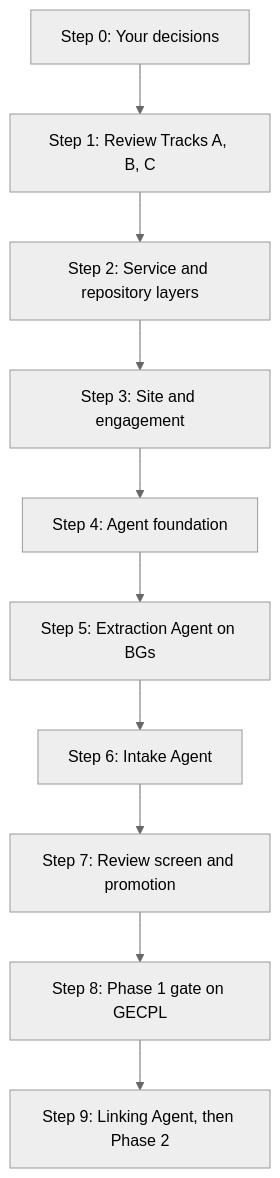
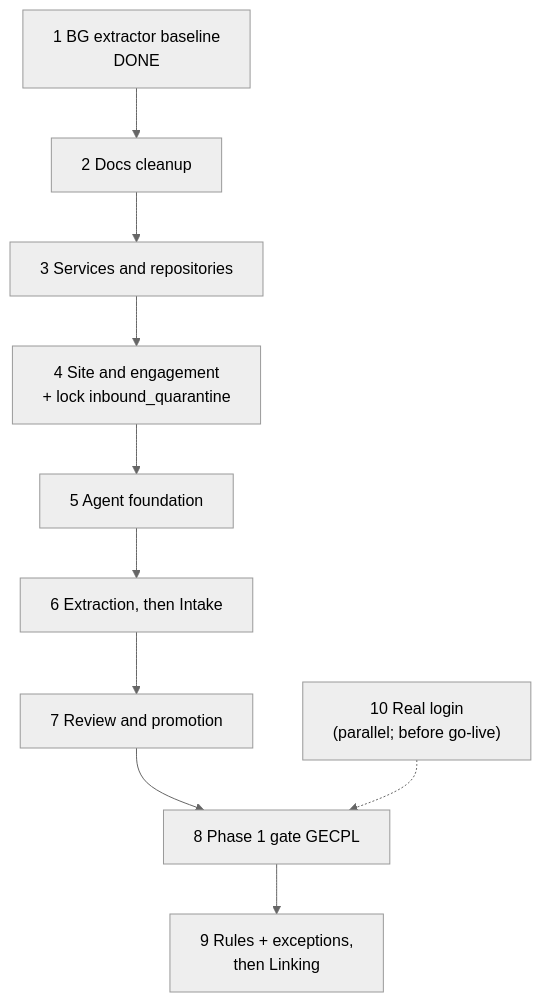
One commit to Adya6714/EquiContracts changed the fourth of 5 diagrams in docs/plans/START_HERE.md. Above: the diagram before and after it, drawn with Mermaid (neutral theme). The commit also changed other lines of this file and 42 other files, not shown here.

````diff
--- a/docs/plans/START_HERE.md
+++ b/docs/plans/START_HERE.md
@@ -181,12 +187,12 @@
 ```mermaid
 flowchart TB
-    S0["Step 0: Your decisions"] --> S1["Step 1: Review Tracks A, B, C"]
-    S1 --> S2["Step 2: Service and repository layers"]
-    S2 --> S3["Step 3: Site and engagement"]
-    S3 --> S4["Step 4: Agent foundation"]
-    S4 --> S5["Step 5: Extraction Agent on BGs"]
-    S5 --> S6["Step 6: Intake Agent"]
-    S6 --> S7["Step 7: Review screen and promotion"]
-    S7 --> S8["Step 8: Phase 1 gate on GECPL"]
-    S8 --> S9["Step 9: Linking Agent, then Phase 2"]
+    S1["1 BG extractor baseline<br/>DONE"] --> S2["2 Docs cleanup"]
+    S2 --> S3["3 Services and repositories"]
+    S3 --> S4["4 Site and engagement<br/>+ lock inbound_quarantine"]
+    S4 --> S5["5 Agent foundation"]
+    S5 --> S6["6 Extraction, then Intake"]
+    S6 --> S7["7 Review and promotion"]
+    S7 --> S8["8 Phase 1 gate GECPL"]
+    S8 --> S9["9 Rules + exceptions,<br/>then Linking"]
+    S10["10 Real login<br/>(parallel; before go-live)"] -.-> S8
 ```
````
